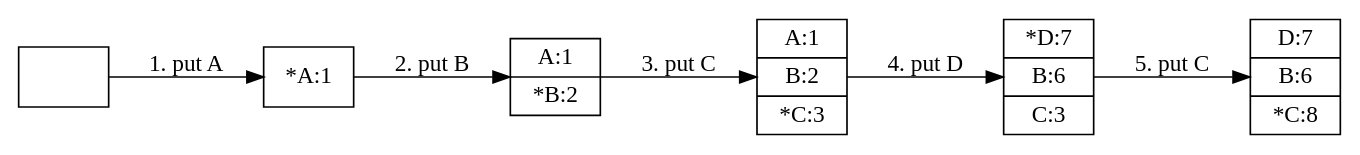
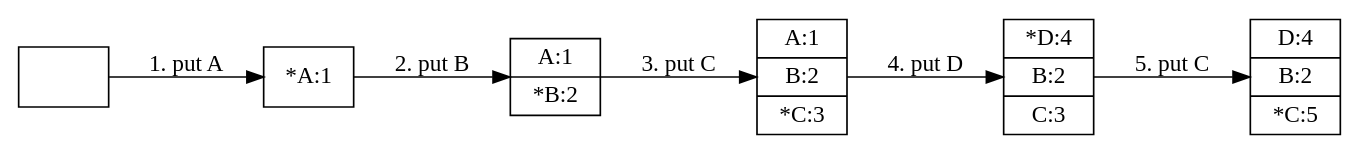
One commit to tanbro/redis_func_cache changed the diagram in images/eviction_example.dot. Above: the diagram before and after it, drawn with Graphviz. The commit also changed 3 other files, not shown here.

First line of the commit message:
docs(hash): update hash mixin documentation and add inheritance diagrams

```diff
--- a/images/eviction_example.dot
+++ b/images/eviction_example.dot
@@ -1,22 +1,22 @@
 digraph data_structure {
     graph [
         rankdir = "LR"
     ];
     node [
         shape = "record"
     ];
 
 
     "0" [label=""];
     "1" [label="*A:1"]
     "2" [label="A:1 | *B:2"]
     "3" [label="A:1 | B:2 | *C:3"];
-    "4" [label="*D:7 | B:6 | C:3"];
-    "5" [label="D:7 | B:6 | *C:8"];
+    "4" [label="*D:4 | B:2 | C:3"];
+    "5" [label="D:4 | B:2 | *C:5"];
 
     "0" -> "1" [label="1. put A"];
     "1" -> "2" [label="2. put B"];
     "2" -> "3" [label="3. put C"];
     "3" -> "4" [label="4. put D"];
     "4" -> "5" [label="5. put C"];
 }
```
